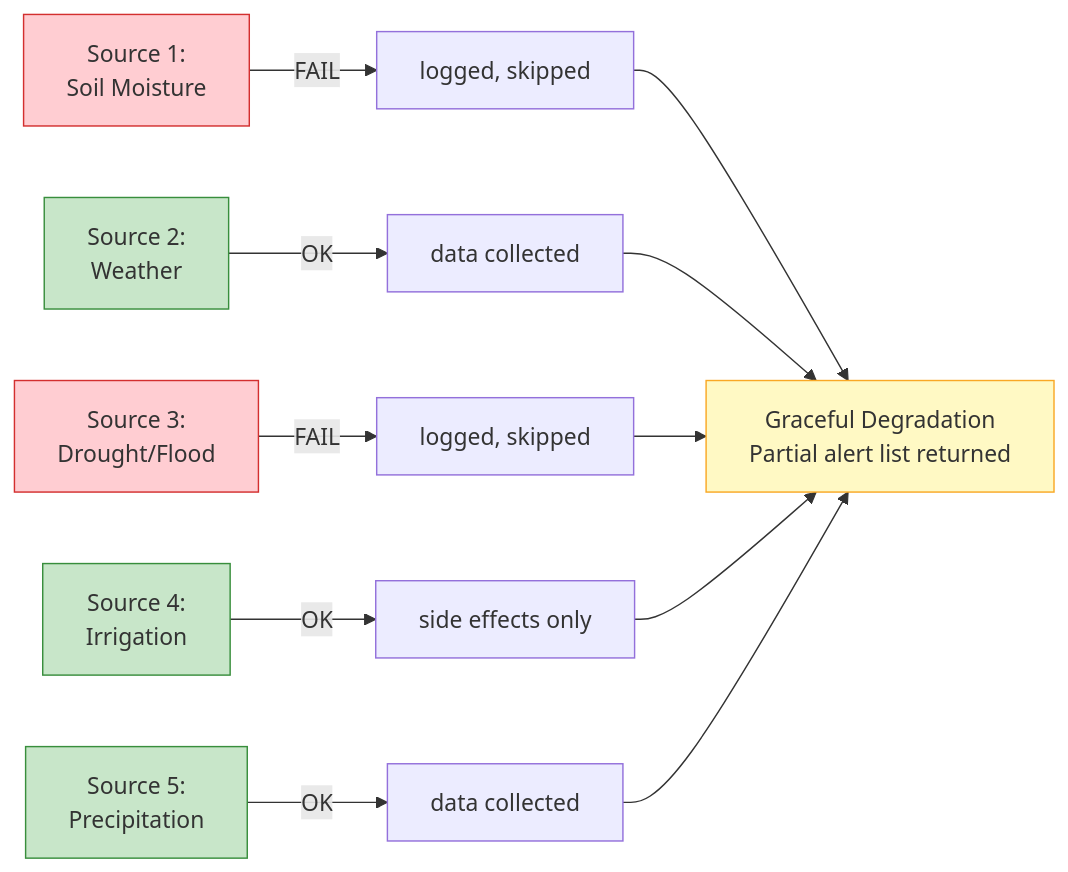
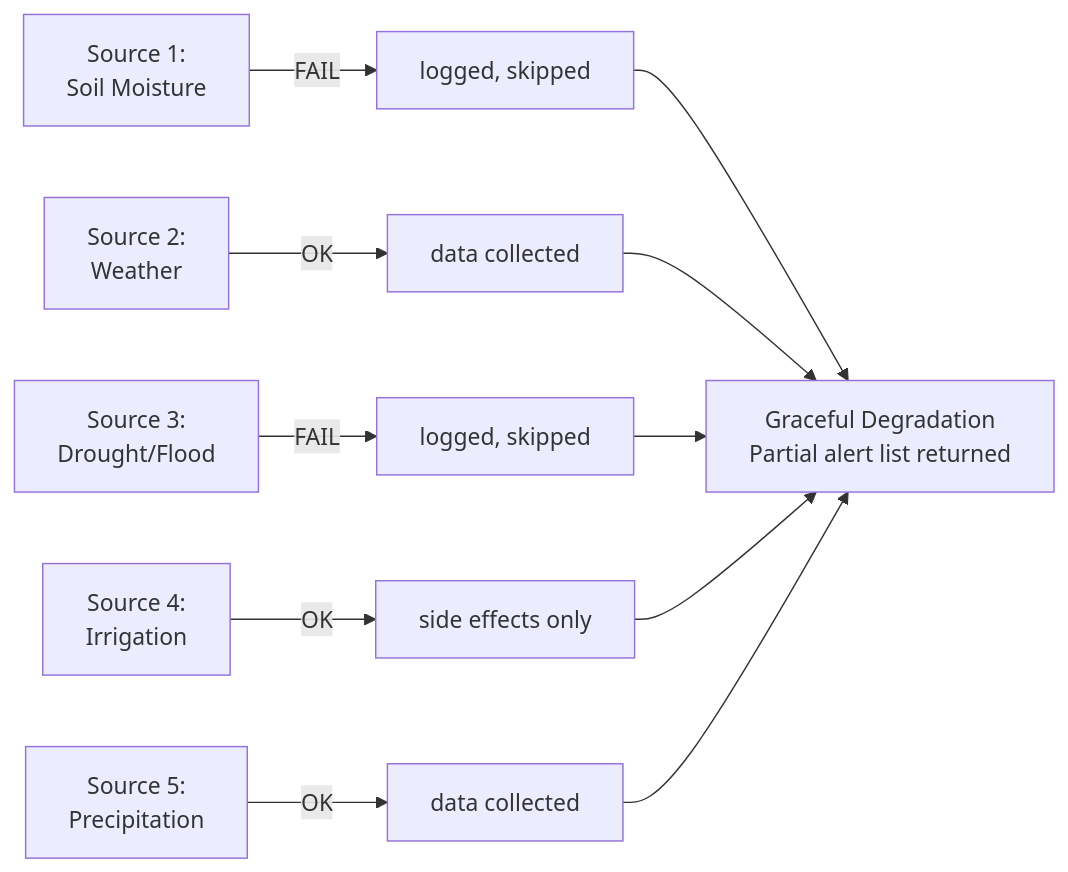
The second of 13 diagrams in README.md (ArrinPaul/Kisan-Portal), drawn with Mermaid before and after one commit. The commit also changed other lines of this file and 3 other files, not shown here.

````diff
--- a/README.md
+++ b/README.md
@@ -97,21 +92,14 @@
 ```mermaid
 flowchart LR
     S1["Source 1:<br/>Soil Moisture"] --> |FAIL| F1["logged, skipped"]
     S2["Source 2:<br/>Weather"] --> |OK| D2["data collected"]
     S3["Source 3:<br/>Drought/Flood"] --> |FAIL| F3["logged, skipped"]
     S4["Source 4:<br/>Irrigation"] --> |OK| D4["side effects only"]
     S5["Source 5:<br/>Precipitation"] --> |OK| D5["data collected"]
 
     F1 --> G["Graceful Degradation<br/>Partial alert list returned"]
     D2 --> G
     F3 --> G
     D4 --> G
     D5 --> G
-
-    style S1 fill:#ffcdd2,stroke:#d32f2f
-    style S2 fill:#c8e6c9,stroke:#388e3c
-    style S3 fill:#ffcdd2,stroke:#d32f2f
-    style S4 fill:#c8e6c9,stroke:#388e3c
-    style S5 fill:#c8e6c9,stroke:#388e3c
-    style G fill:#fff9c4,stroke:#f9a825
 ```
````
